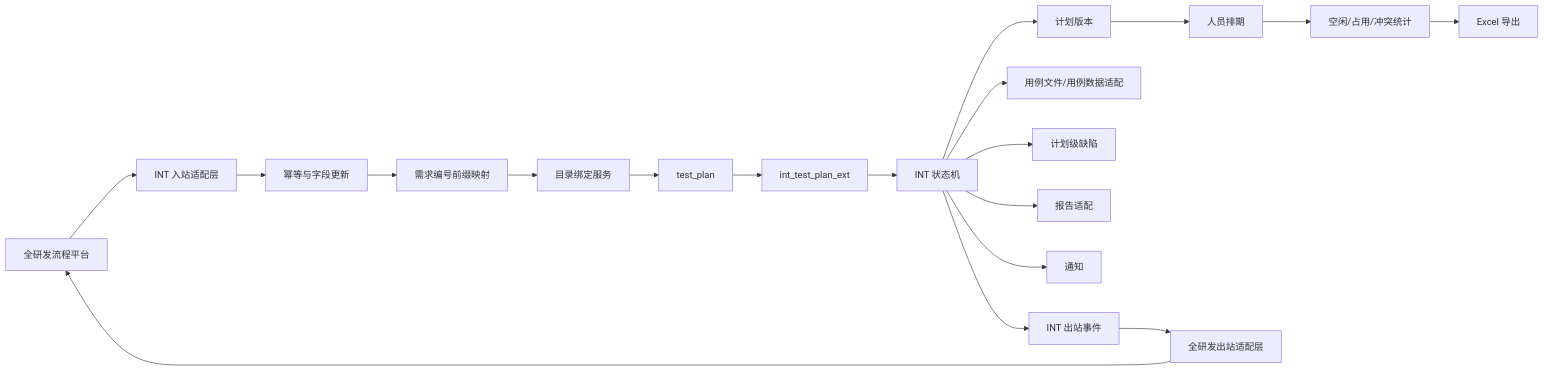
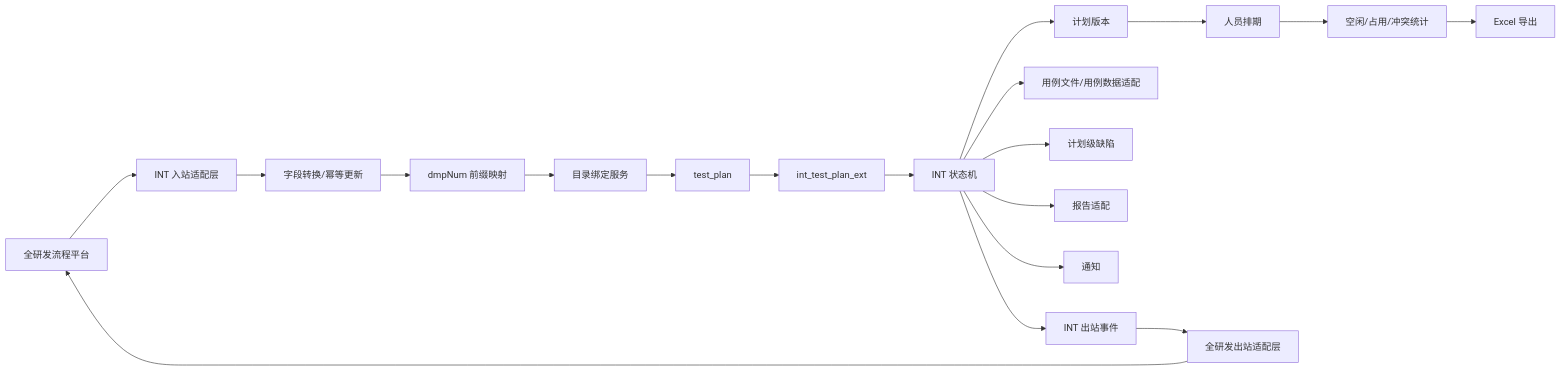
One commit to sdwurg180507280211/metersphere changed the diagram in .kiro/specs/int-test-flow/design.md. Above: the diagram before and after it, drawn with Mermaid. The commit also changed other lines of this file, not shown here.

````diff
--- a/.kiro/specs/int-test-flow/design.md
+++ b/.kiro/specs/int-test-flow/design.md
@@ -50,24 +51,24 @@
 ```mermaid
 flowchart LR
     RD[全研发流程平台] --> IN[INT 入站适配层]
-    IN --> IDEM[幂等与字段更新]
-    IDEM --> MAP[需求编号前缀映射]
+    IN --> IDEM[字段转换/幂等更新]
+    IDEM --> MAP[dmpNum 前缀映射]
     MAP --> DIR[目录绑定服务]
     DIR --> PLAN[test_plan]
     PLAN --> EXT[int_test_plan_ext]
 
     EXT --> FLOW[INT 状态机]
     FLOW --> VER[计划版本]
     VER --> ASSIGN[人员排期]
     FLOW --> CASE[用例文件/用例数据适配]
     FLOW --> ISSUE[计划级缺陷]
     FLOW --> REPORT[报告适配]
     FLOW --> NOTICE[通知]
 
     ASSIGN --> RESOURCE[空闲/占用/冲突统计]
     RESOURCE --> EXCEL[Excel 导出]
 
     FLOW --> OUTBOX[INT 出站事件]
     OUTBOX --> OUT[全研发出站适配层]
     OUT --> RD
 ```
````
